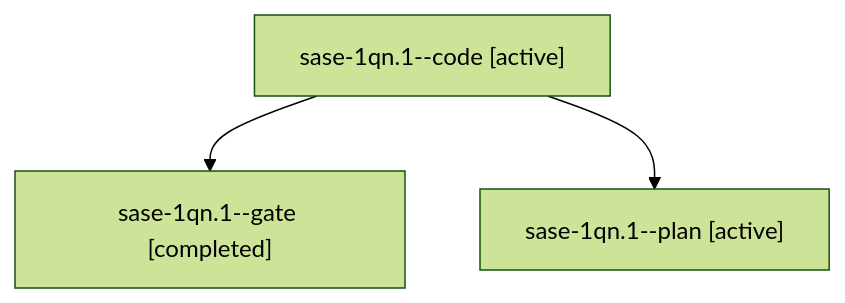
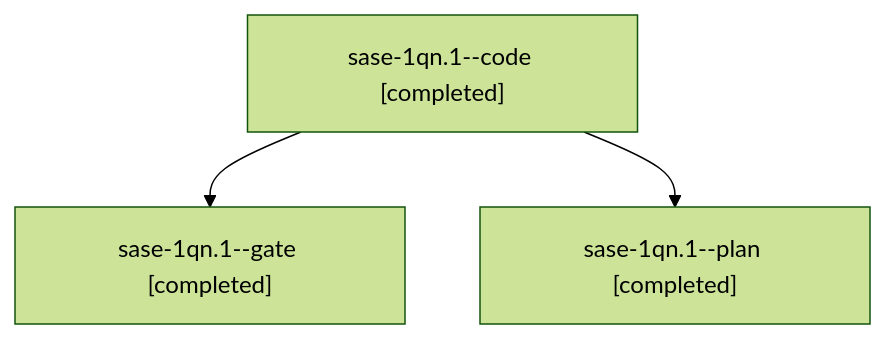
Before and after one commit to sase-org/sase--agents: the diagram in sessions/bbugyi200.athena.sase-1qn.1.md, drawn with Mermaid (forest theme). The commit also changed other lines of this file and 27 other files, not shown here.

````diff
--- a/sessions/bbugyi200.athena.sase-1qn.1.md
+++ b/sessions/bbugyi200.athena.sase-1qn.1.md
@@ -9,8 +9,8 @@
 ```mermaid
 flowchart TD
-  n0["sase-1qn.1--code [active]"]
+  n0["sase-1qn.1--code [completed]"]
   n1["sase-1qn.1--gate [completed]"]
   n0 --> n1
-  n2["sase-1qn.1--plan [active]"]
+  n2["sase-1qn.1--plan [completed]"]
   n0 --> n2
 ```
````
